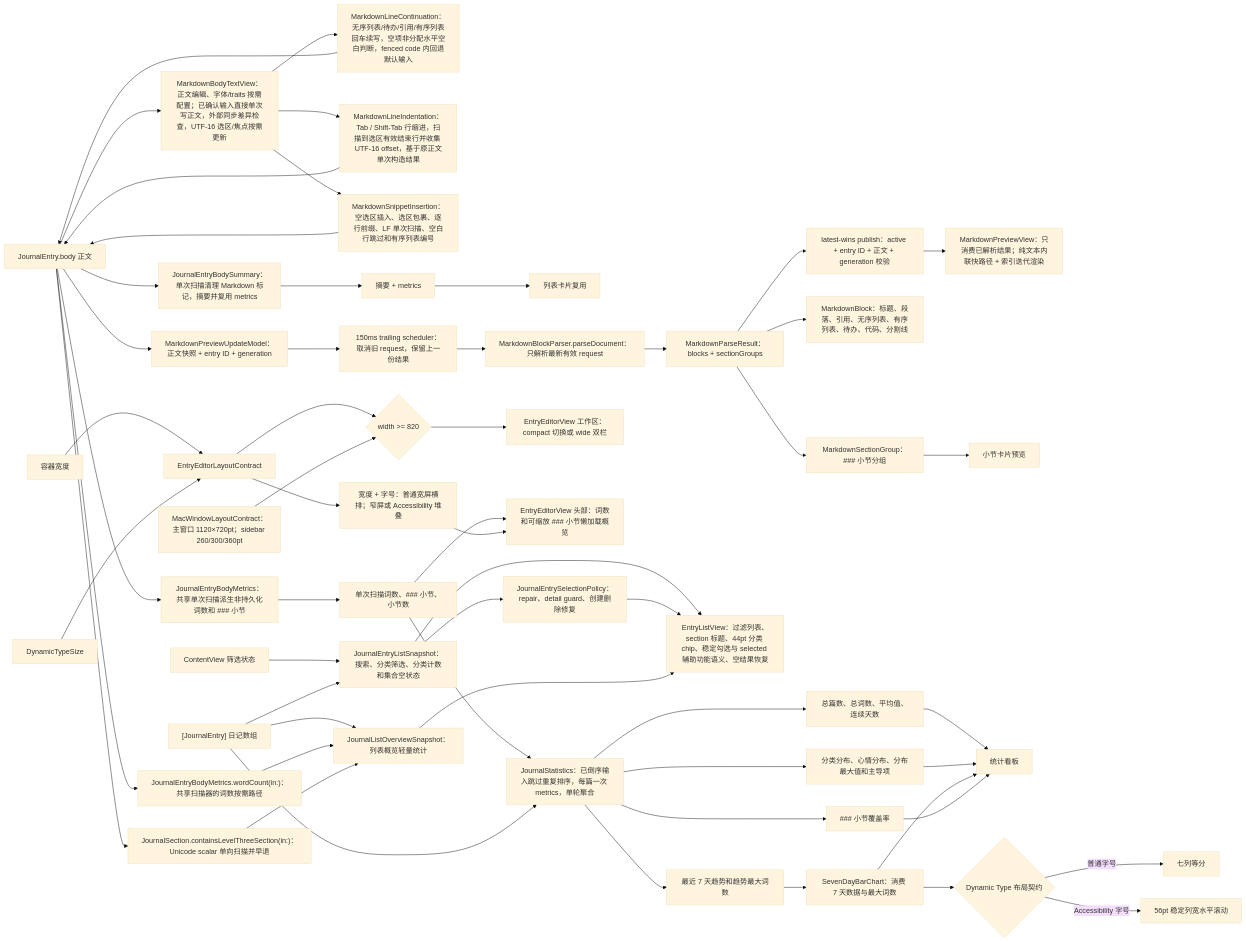
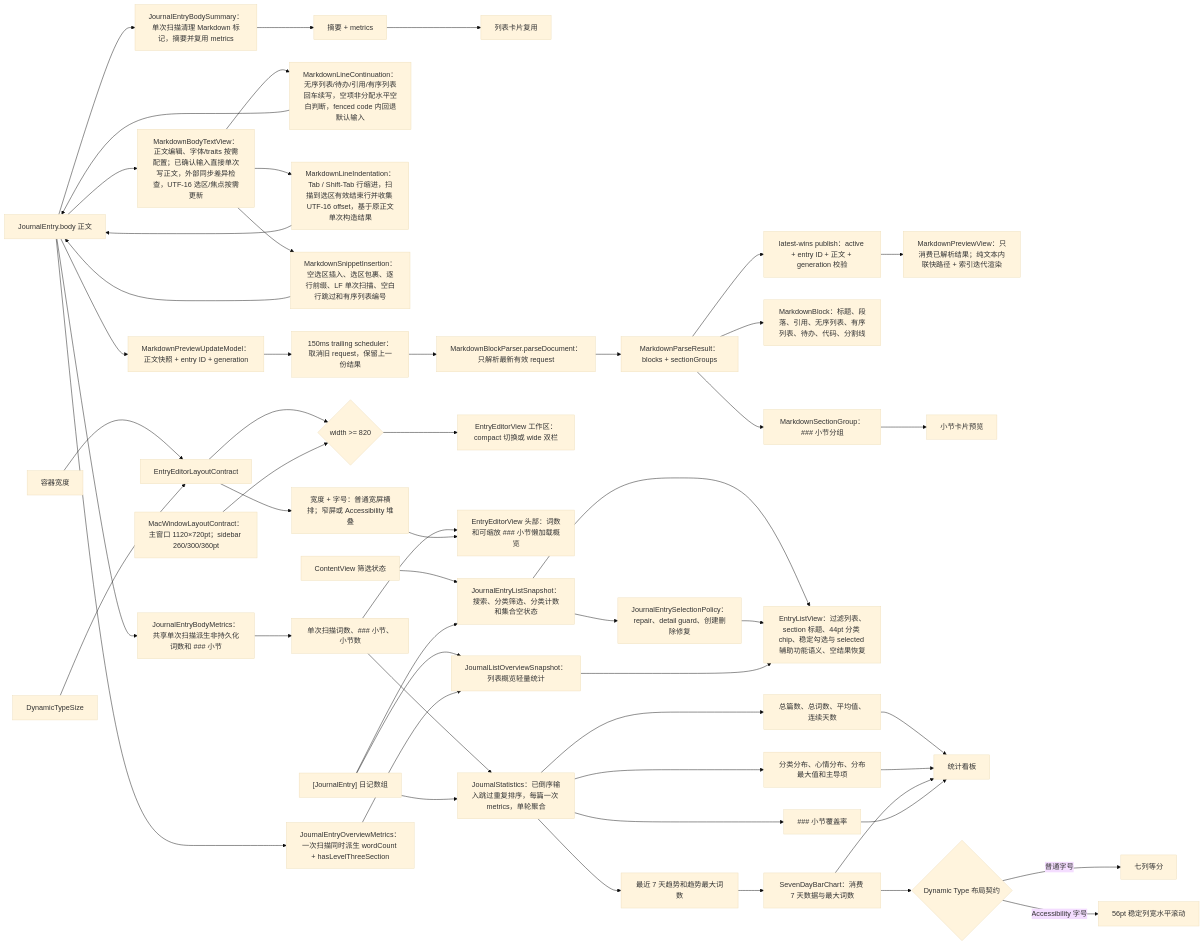
One commit to Altman-sam114/117 changed the fourth of 6 diagrams in md/flow/flowchart.md. Above: the diagram before and after it, drawn with Mermaid (base theme). The commit also changed other lines of this file and 9 other files, not shown here.

````diff
--- a/md/flow/flowchart.md
+++ b/md/flow/flowchart.md
@@ -173,57 +173,55 @@
 ```mermaid
 flowchart LR
   Body["JournalEntry.body 正文"] --> MetricsNode2["JournalEntryBodyMetrics：共享单次扫描派生非持久化词数和 ### 小节"]
-  Body --> OverviewWordCount["JournalEntryBodyMetrics.wordCount(in:)：共享扫描器的词数按需路径"]
-  Body --> SectionPresence2["JournalSection.containsLevelThreeSection(in:)：Unicode scalar 单向扫描并早退"]
+  Body --> OverviewMetrics2["JournalEntryOverviewMetrics：一次扫描同时派生 wordCount + hasLevelThreeSection"]
   Body --> Summary["JournalEntryBodySummary：单次扫描清理 Markdown 标记，摘要并复用 metrics"]
   Body --> BodyText["MarkdownBodyTextView：正文编辑、字体/traits 按需配置；已确认输入直接单次写正文，外部同步差异检查，UTF-16 选区/焦点按需更新"]
   BodyText --> ContinueRule["MarkdownLineContinuation：无序列表/待办/引用/有序列表回车续写，空项非分配水平空白判断，fenced code 内回退默认输入"]
   ContinueRule --> Body
   BodyText --> IndentRule["MarkdownLineIndentation：Tab / Shift-Tab 行缩进，扫描到选区有效结束行并收集 UTF-16 offset，基于原正文单次构造结果"]
   IndentRule --> Body
   BodyText --> InsertRule["MarkdownSnippetInsertion：空选区插入、选区包裹、逐行前缀、LF 单次扫描、空白行跳过和有序列表编号"]
   InsertRule --> Body
   MetricsNode2 --> MetricsData["单次扫描词数、### 小节、小节数"]
   Summary --> Excerpt["摘要 + metrics"]
   Excerpt --> RowEditor["列表卡片复用"]
   MetricsData --> Statistics["JournalStatistics：已倒序输入跳过重复排序，每篇一次 metrics，单轮聚合"]
   EditorWidth["容器宽度"] --> EditorLayout["EntryEditorLayoutContract"]
   EditorTypeSize["DynamicTypeSize"] --> EditorLayout
   EditorLayout --> WorkspaceDecision{"width >= 820"}
   WorkspaceDecision --> EditorWorkspace["EntryEditorView 工作区：compact 切换或 wide 双栏"]
   MacWindowLayout["MacWindowLayoutContract：主窗口 1120×720pt；sidebar 260/300/360pt"] --> WorkspaceDecision
   EditorLayout --> HeaderDecision["宽度 + 字号：普通宽屏横排；窄屏或 Accessibility 堆叠"]
   MetricsData --> EditorHeader["EntryEditorView 头部：词数和可缩放 ### 小节懒加载概览"]
   HeaderDecision --> EditorHeader
   Body --> PreviewRequest["MarkdownPreviewUpdateModel：正文快照 + entry ID + generation"]
   PreviewRequest --> PreviewScheduler["150ms trailing scheduler：取消旧 request，保留上一份结果"]
   PreviewScheduler --> Parse["MarkdownBlockParser.parseDocument：只解析最新有效 request"]
   Parse --> Result["MarkdownParseResult：blocks + sectionGroups"]
   Result --> LatestWins["latest-wins publish：active + entry ID + 正文 + generation 校验"]
   Result --> Blocks["MarkdownBlock：标题、段落、引用、无序列表、有序列表、待办、代码、分割线"]
   LatestWins --> Preview["MarkdownPreviewView：只消费已解析结果；纯文本内联快路径 + 索引迭代渲染"]
   Result --> Sections["MarkdownSectionGroup：### 小节分组"]
   Sections --> SectionPreview["小节卡片预览"]
   Entries["[JournalEntry] 日记数组"] --> Statistics
   FilterState2["ContentView 筛选状态"] --> ListSnapshot2["JournalEntryListSnapshot：搜索、分类筛选、分类计数和集合空状态"]
   Entries --> ListSnapshot2
   ListSnapshot2 --> ListView["EntryListView：过滤列表、section 标题、44pt 分类 chip、稳定勾选与 selected 辅助功能语义、空结果恢复"]
   ListSnapshot2 --> SelectionPolicy2["JournalEntrySelectionPolicy：repair、detail guard、创建删除修复"]
   SelectionPolicy2 --> ListView
   Entries --> ListOverview2["JournalListOverviewSnapshot：列表概览轻量统计"]
-  OverviewWordCount --> ListOverview2
-  SectionPresence2 --> ListOverview2
+  OverviewMetrics2 --> ListOverview2
   ListOverview2 --> ListView
   Statistics --> Metrics["总篇数、总词数、平均值、连续天数"]
   Statistics --> Distributions["分类分布、心情分布、分布最大值和主导项"]
   Statistics --> Trend["最近 7 天趋势和趋势最大词数"]
   Statistics --> Coverage["### 小节覆盖率"]
   Metrics --> Dashboard["统计看板"]
   Distributions --> Dashboard
   Trend --> TrendChart["SevenDayBarChart：消费 7 天数据与最大词数"]
   TrendChart --> Dashboard
   TrendChart --> TrendLayout2{"Dynamic Type 布局契约"}
   TrendLayout2 -- "普通字号" --> EqualTrend2["七列等分"]
   TrendLayout2 -- "Accessibility 字号" --> ScrollingTrend2["56pt 稳定列宽水平滚动"]
   Coverage --> Dashboard
 ```
````
